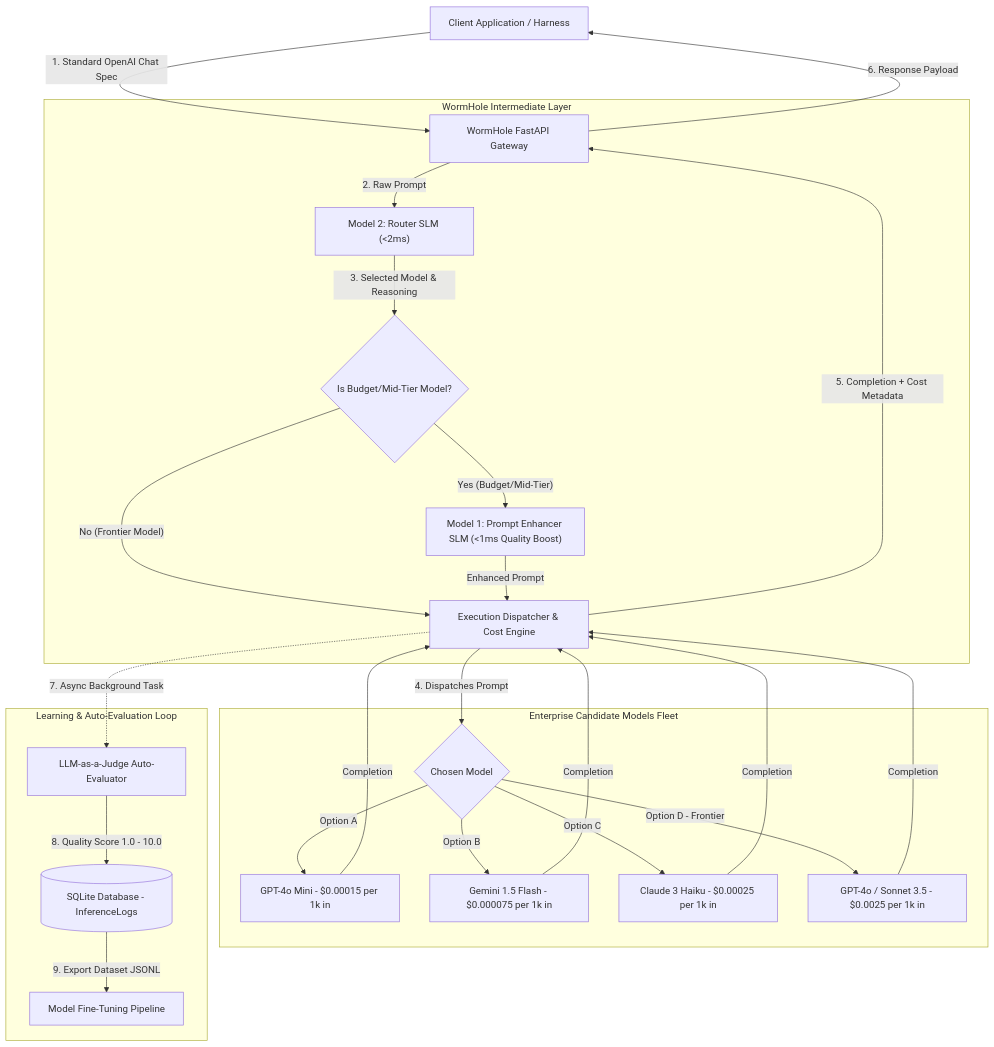
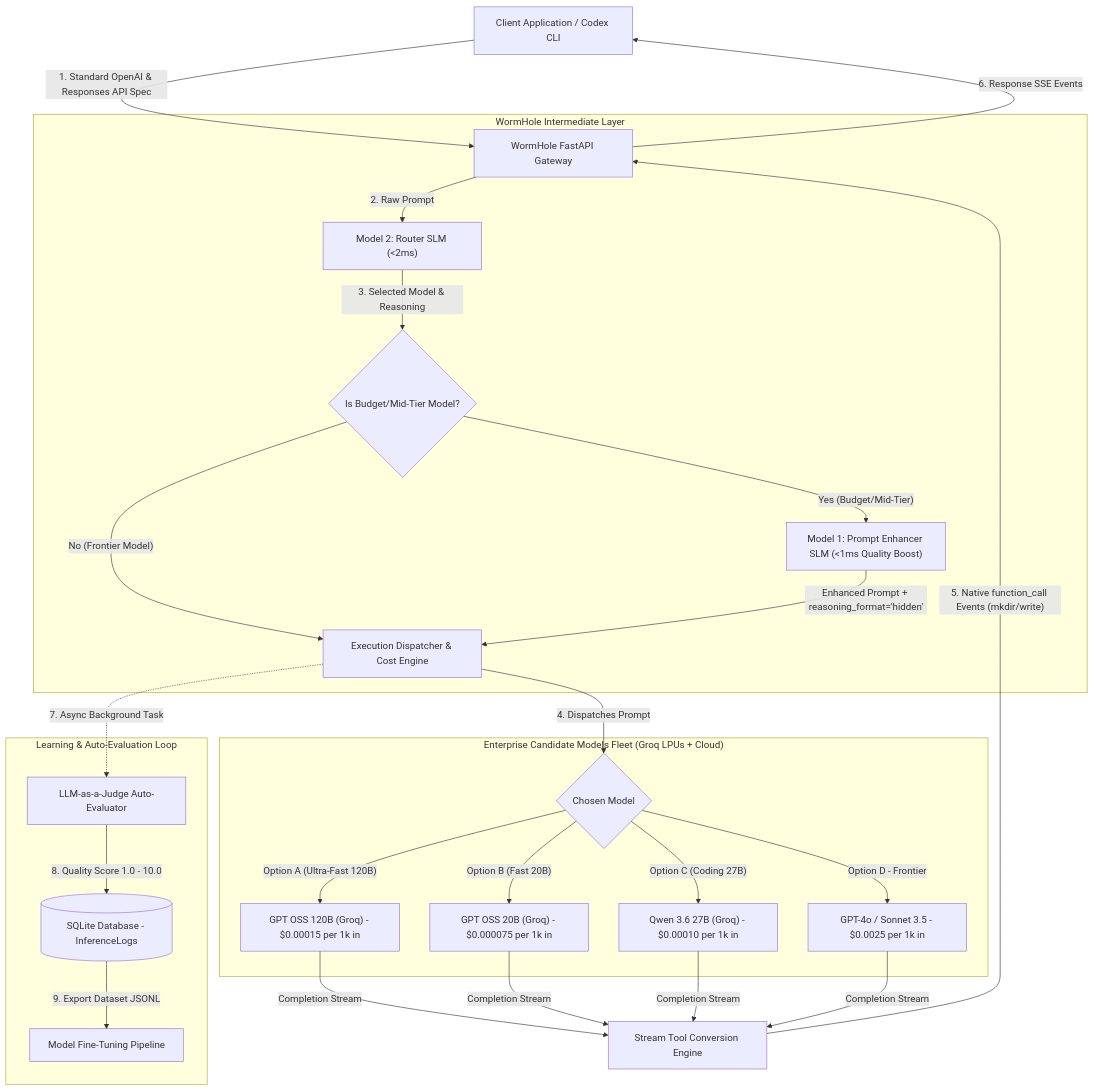
The second of 2 diagrams in README.md (vencat2025/Wormhole), drawn with Mermaid before and after one commit. The commit also changed other lines of this file and 1 other file, not shown here.

Commit message:
Update README.md and ARCHITECTURE.md with simple flow diagrams and latest specifications

````diff
--- a/README.md
+++ b/README.md
@@ -15,39 +43,39 @@
 ```mermaid
 graph TD
     %% Client & Gateway
-    Client["Client Application / Harness"] -->|"1. Standard OpenAI Chat Spec"| GW["WormHole FastAPI Gateway"]
+    Client["Client Application / Codex CLI"] -->|"1. Standard OpenAI & Responses API Spec"| GW["WormHole FastAPI Gateway"]
     
     %% Intermediate Layer
     subgraph Intermediate ["WormHole Intermediate Layer"]
         GW -->|"2. Raw Prompt"| Router["Model 2: Router SLM (<2ms)"]
         Router -->|"3. Selected Model & Reasoning"| Decision{"Is Budget/Mid-Tier Model?"}
         Decision -->|"Yes (Budget/Mid-Tier)"| Enhancer["Model 1: Prompt Enhancer SLM (<1ms Quality Boost)"]
         Decision -->|"No (Frontier Model)"| Dispatcher["Execution Dispatcher & Cost Engine"]
-        Enhancer -->|"Enhanced Prompt"| Dispatcher
+        Enhancer -->|"Enhanced Prompt + reasoning_format='hidden'"| Dispatcher
     end
     
     %% Target LLMs Fleet
-    subgraph EnterpriseFleet ["Enterprise Candidate Models Fleet"]
+    subgraph EnterpriseFleet ["Enterprise Candidate Models Fleet (Groq LPUs + Cloud)"]
         Dispatcher -->|"4. Dispatches Prompt"| Downstream{"Chosen Model"}
-        Downstream -->|"Option A"| GPT4oMini["GPT-4o Mini - $0.00015 per 1k in"]
-        Downstream -->|"Option B"| Flash["Gemini 1.5 Flash - $0.000075 per 1k in"]
-        Downstream -->|"Option C"| Haiku["Claude 3 Haiku - $0.00025 per 1k in"]
+        Downstream -->|"Option A (Ultra-Fast 120B)"| GPTOSS120B["GPT OSS 120B (Groq) - $0.00015 per 1k in"]
+        Downstream -->|"Option B (Fast 20B)"| GPTOSS20B["GPT OSS 20B (Groq) - $0.000075 per 1k in"]
+        Downstream -->|"Option C (Coding 27B)"| QWEN["Qwen 3.6 27B (Groq) - $0.00010 per 1k in"]
         Downstream -->|"Option D - Frontier"| GPT4o["GPT-4o / Sonnet 3.5 - $0.0025 per 1k in"]
     end
 
     %% Response Delivery
-    GPT4oMini -->|"Completion"| Dispatcher
-    Flash -->|"Completion"| Dispatcher
-    Haiku -->|"Completion"| Dispatcher
-    GPT4o -->|"Completion"| Dispatcher
+    GPTOSS120B -->|"Completion Stream"| StreamEngine["Stream Tool Conversion Engine"]
+    GPTOSS20B -->|"Completion Stream"| StreamEngine
+    QWEN -->|"Completion Stream"| StreamEngine
+    GPT4o -->|"Completion Stream"| StreamEngine
     
-    Dispatcher -->|"5. Completion + Cost Metadata"| GW
-    GW -->|"6. Response Payload"| Client
+    StreamEngine -->|"5. Native function_call Events (mkdir/write)"| GW
+    GW -->|"6. Response SSE Events"| Client
 
     %% Async Feedback & Training Loop
     subgraph FeedbackLoop ["Learning & Auto-Evaluation Loop"]
         Dispatcher -.->|"7. Async Background Task"| Judge["LLM-as-a-Judge Auto-Evaluator"]
         Judge -->|"8. Quality Score 1.0 - 10.0"| DB[("SQLite Database - InferenceLogs")]
         DB -->|"9. Export Dataset JSONL"| FineTuning["Model Fine-Tuning Pipeline"]
     end
 ```
````
